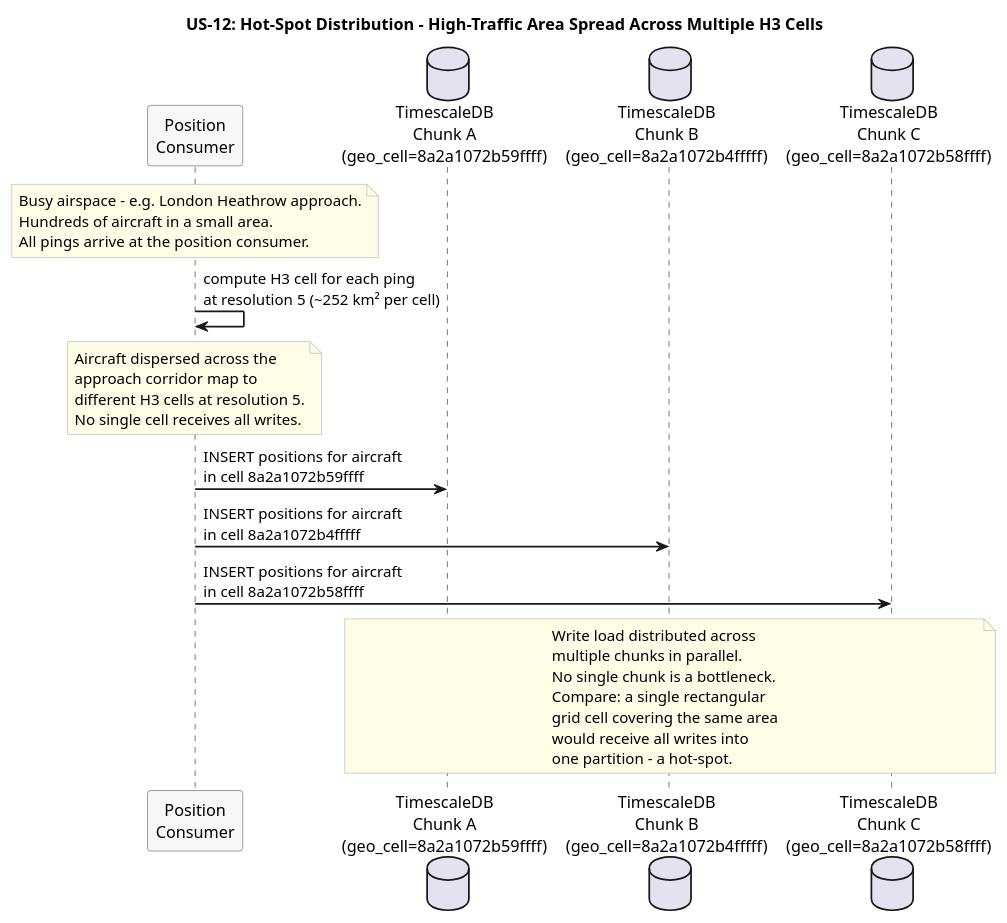
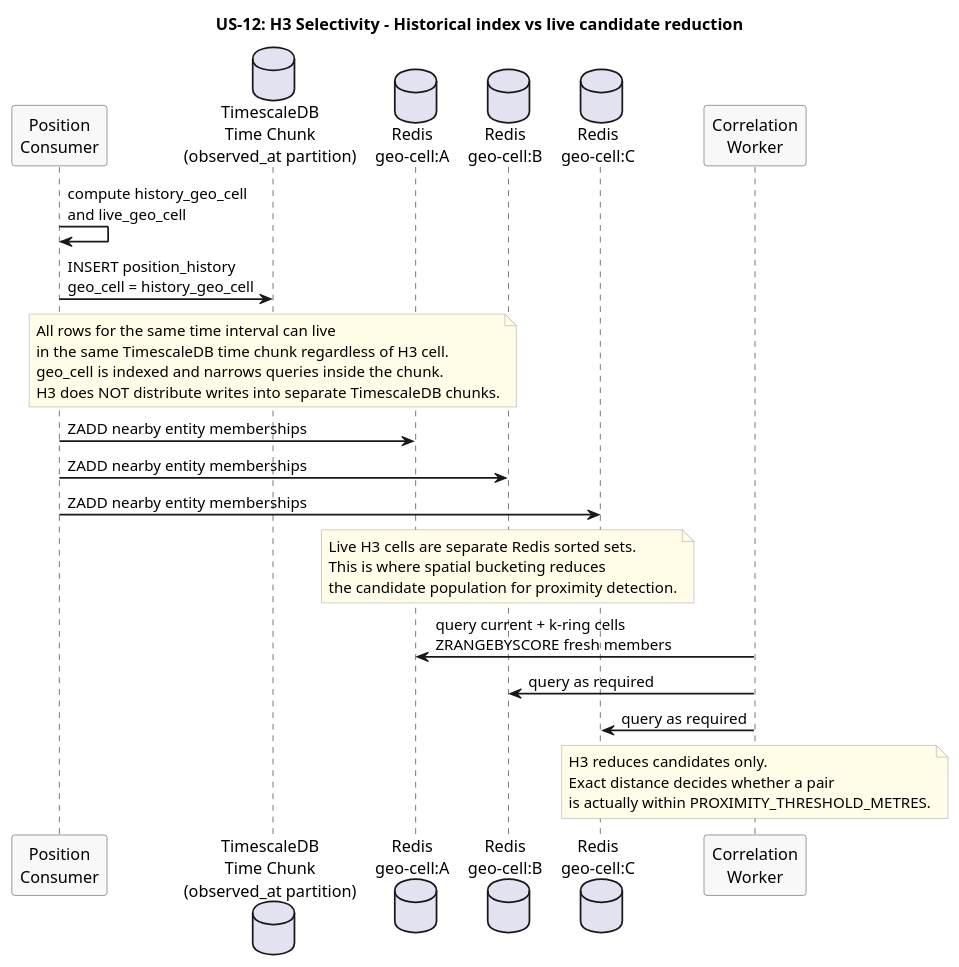
Before and after one commit to Buffden/sentinel: the diagram in docs/use-cases/US-12-geo-spatial-efficiency/hot-spot-distribution.puml, drawn with PlantUML.

Commit message:
docs: replace false TimescaleDB spatial chunk diagram

```diff
--- a/docs/use-cases/US-12-geo-spatial-efficiency/hot-spot-distribution.puml
+++ b/docs/use-cases/US-12-geo-spatial-efficiency/hot-spot-distribution.puml
@@ -1,44 +1,47 @@
 @startuml hot-spot-distribution
-title US-12: Hot-Spot Distribution - High-Traffic Area Spread Across Multiple H3 Cells
+title US-12: H3 Selectivity - Historical index vs live candidate reduction
 
 skinparam sequenceArrowThickness 1.5
 skinparam participantBorderColor #555555
 skinparam participantBackgroundColor #F8F8F8
 skinparam noteBorderColor #AAAAAA
 skinparam noteBackgroundColor #FFFDE7
 
 participant "Position\nConsumer" as Consumer
-database "TimescaleDB\nChunk A\n(geo_cell=8a2a1072b59ffff)" as ChunkA
-database "TimescaleDB\nChunk B\n(geo_cell=8a2a1072b4fffff)" as ChunkB
-database "TimescaleDB\nChunk C\n(geo_cell=8a2a1072b58ffff)" as ChunkC
+database "TimescaleDB\nTime Chunk\n(observed_at partition)" as TimeChunk
+database "Redis\ngeo-cell:A" as CellA
+database "Redis\ngeo-cell:B" as CellB
+database "Redis\ngeo-cell:C" as CellC
+participant "Correlation\nWorker" as Correlation
 
-note over Consumer
-  Busy airspace - e.g. London Heathrow approach.
-  Hundreds of aircraft in a small area.
-  All pings arrive at the position consumer.
+Consumer -> Consumer : compute history_geo_cell\nand live_geo_cell
+Consumer -> TimeChunk : INSERT position_history\ngeo_cell = history_geo_cell
+
+note over TimeChunk
+  All rows for the same time interval can live
+  in the same TimescaleDB time chunk regardless of H3 cell.
+  geo_cell is indexed and narrows queries inside the chunk.
+  H3 does NOT distribute writes into separate TimescaleDB chunks.
 end note
 
-Consumer -> Consumer : compute H3 cell for each ping\nat resolution 5 (~252 km² per cell)
+Consumer -> CellA : ZADD nearby entity memberships
+Consumer -> CellB : ZADD nearby entity memberships
+Consumer -> CellC : ZADD nearby entity memberships
 
-note over Consumer
-  Aircraft dispersed across the
-  approach corridor map to
-  different H3 cells at resolution 5.
-  No single cell receives all writes.
+note over CellA, CellC
+  Live H3 cells are separate Redis sorted sets.
+  This is where spatial bucketing reduces
+  the candidate population for proximity detection.
 end note
 
-Consumer -> ChunkA : INSERT positions for aircraft\nin cell 8a2a1072b59ffff
-Consumer -> ChunkB : INSERT positions for aircraft\nin cell 8a2a1072b4fffff
-Consumer -> ChunkC : INSERT positions for aircraft\nin cell 8a2a1072b58ffff
+Correlation -> CellA : query current + k-ring cells\nZRANGEBYSCORE fresh members
+Correlation -> CellB : query as required
+Correlation -> CellC : query as required
 
-note over ChunkA, ChunkC
-  Write load distributed across
-  multiple chunks in parallel.
-  No single chunk is a bottleneck.
-  Compare: a single rectangular
-  grid cell covering the same area
-  would receive all writes into
-  one partition - a hot-spot.
+note over Correlation
+  H3 reduces candidates only.
+  Exact distance decides whether a pair
+  is actually within PROXIMITY_THRESHOLD_METRES.
 end note
 
 @enduml
```
